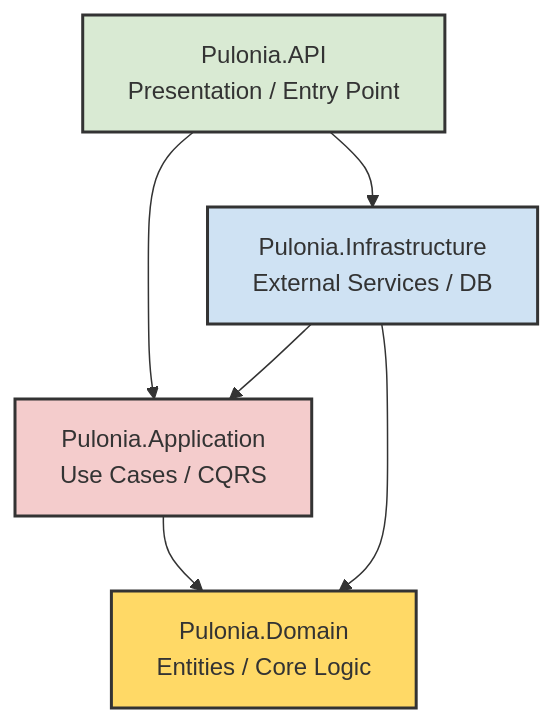
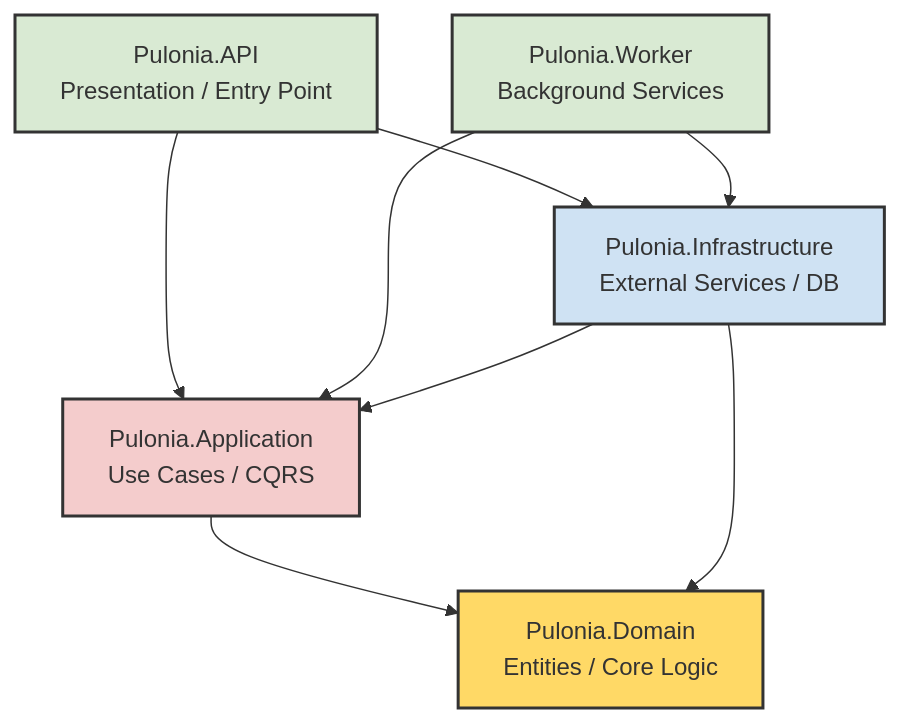
The diagram in README.md (HanashiroYuriku/Pulonia), drawn with Mermaid before and after one commit. The commit also changed other lines of this file, not shown here.

Commit message:
docs: update README to include Worker service in architecture diagram and local development instructions

`````diff
--- a/README.md
+++ b/README.md
@@ -115,14 +115,17 @@
 ````mermaid
 graph TD
     API[Pulonia.API<br>Presentation / Entry Point] --> App[Pulonia.Application<br>Use Cases / CQRS]
     API --> Infrastructure[Pulonia.Infrastructure<br>External Services / DB]
+    Worker[Pulonia.Worker<br>Background Services] --> App[Pulonia.Application<br>Use Cases / CQRS]
+    Worker --> Infrastructure[Pulonia.Infrastructure<br>External Services / DB]
     Infrastructure --> App
     App --> Domain[Pulonia.Domain<br>Entities / Core Logic]
     Infrastructure --> Domain
 
     %% Custom Colors with Black Text (color:#333) for visibility
     style Domain fill:#ffd966,stroke:#333,stroke-width:2px,color:#333
     style App fill:#f4cccc,stroke:#333,stroke-width:2px,color:#333
     style Infrastructure fill:#cfe2f3,stroke:#333,stroke-width:2px,color:#333
     style API fill:#d9ead3,stroke:#333,stroke-width:2px,color:#333
+    style Worker fill:#d9ead3,stroke:#333,stroke-width:2px,color:#333
 ````
`````
